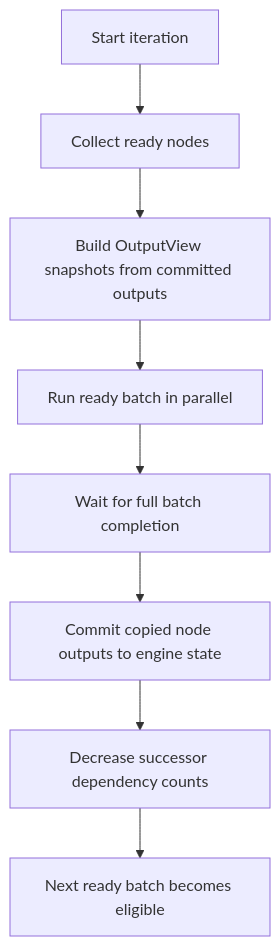
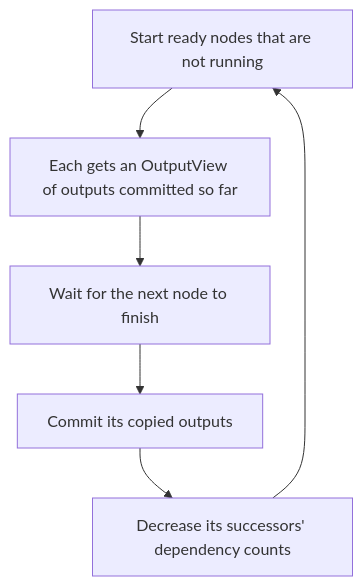
Before and after one commit to nanostack-dev/echopoint-runner: the second of 4 diagrams in docs/parallel-execution-model.md, drawn with Mermaid. The commit also changed other lines of this file and 3 other files, not shown here.

First line of the commit message:
feat(engine): start each node as soon as its own predecessors finish (#67)

````diff
--- a/docs/parallel-execution-model.md
+++ b/docs/parallel-execution-model.md
@@ -42,10 +45,8 @@
 ```mermaid
 flowchart TD
-    S[Start iteration] --> R[Collect ready nodes]
-    R --> V[Build OutputView snapshots from committed outputs]
-    V --> P[Run ready batch in parallel]
-    P --> W[Wait for full batch completion]
-    W --> C[Commit copied node outputs to engine state]
-    C --> D[Decrease successor dependency counts]
-    D --> N[Next ready batch becomes eligible]
+    S[Start ready nodes that are not running] --> V[Each gets an OutputView of outputs committed so far]
+    V --> W[Wait for the next node to finish]
+    W --> C[Commit its copied outputs]
+    C --> D[Decrease its successors' dependency counts]
+    D --> S
 ```
````
